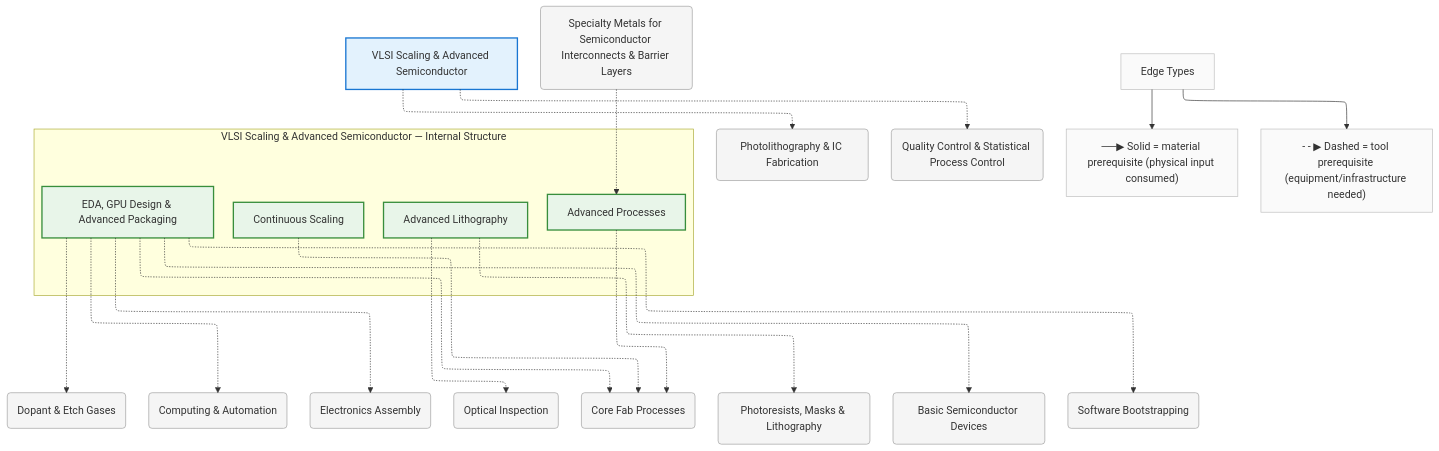
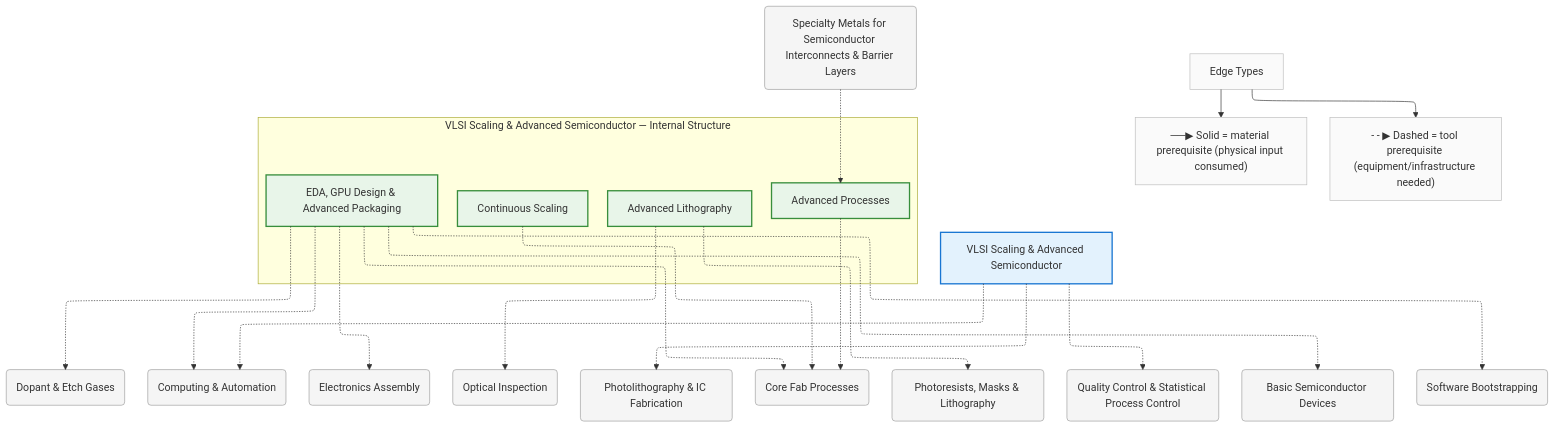
Before and after one commit to egofree/TechTree: the diagram in diagrams/mermaid/vlsi-scaling.mmd, drawn with Mermaid. The commit also changed 11 other files, not shown here.

First line of the commit message:
chore(diagrams): regenerate mermaid diagrams from updated entity data

```diff
--- a/diagrams/mermaid/vlsi-scaling.mmd
+++ b/diagrams/mermaid/vlsi-scaling.mmd
@@ -1,75 +1,76 @@
 %%{init: {"flowchart": {"defaultRenderer": "elk", "htmlLabels": true}}}%%
 graph TD
     %% Domain: VLSI Scaling & Advanced Semiconductor
 
     %% ==================== INTERNAL NODES ====================
     subgraph vlsi-scaling_internal ["VLSI Scaling & Advanced Semiconductor — Internal Structure"]
         direction TB
         vlsi-scaling_advanced-lithography["Advanced Lithography"]
         vlsi-scaling_advanced-processes["Advanced Processes"]
         vlsi-scaling_continuous-scaling["Continuous Scaling"]
         vlsi-scaling_eda-design["EDA, GPU Design & Advanced Packaging"]
     end
 
     %% ==================== DOMAIN NODE ====================
     vlsi-scaling["VLSI Scaling & Advanced Semiconductor"]
 
     %% ==================== EXTERNAL DEPENDENCIES ====================
     chemistry_dopant-etch-gases("Dopant & Etch Gases")
     computing("Computing & Automation")
     electronics_assembly("Electronics Assembly")
     metals_specialty-semiconductor("Specialty Metals for Semiconductor Interconnects & Barrier Layers")
     optics_inspection("Optical Inspection")
     photolithography("Photolithography & IC Fabrication")
     photolithography_fab-processes("Core Fab Processes")
     photolithography_resists-masks("Photoresists, Masks & Lithography")
     quality-control("Quality Control & Statistical Process Control")
     silicon_basic-devices("Basic Semiconductor Devices")
     software-bootstrapping("Software Bootstrapping")
 
     %% ==================== EDGES ====================
     metals_specialty-semiconductor -.-> vlsi-scaling_advanced-processes
     vlsi-scaling_advanced-lithography -.-> optics_inspection
     vlsi-scaling_advanced-lithography -.-> photolithography_resists-masks
     vlsi-scaling_advanced-processes -.-> photolithography_fab-processes
     vlsi-scaling_continuous-scaling -.-> photolithography_fab-processes
     vlsi-scaling_eda-design -.-> chemistry_dopant-etch-gases
     vlsi-scaling_eda-design -.-> computing
     vlsi-scaling_eda-design -.-> electronics_assembly
     vlsi-scaling_eda-design -.-> photolithography_fab-processes
     vlsi-scaling_eda-design -.-> silicon_basic-devices
     vlsi-scaling_eda-design -.-> software-bootstrapping
+    vlsi-scaling -.-> computing
     vlsi-scaling -.-> photolithography
     vlsi-scaling -.-> quality-control
 
     %% ==================== EDGE TYPE LEGEND ====================
     EdgeLegend["Edge Types"]
     EdgeLegend --> MatNote["──▶ Solid = material prerequisite (physical input consumed)"]
     EdgeLegend --> ToolNote["- - ▶ Dashed = tool prerequisite (equipment/infrastructure needed)"]
 
     %% ==================== STYLING ====================
     classDef domain fill:#e3f2fd,stroke:#1976d2,stroke-width:2px
     classDef capability fill:#e8f5e9,stroke:#388e3c,stroke-width:2px
     classDef process fill:#fff3e0,stroke:#f57c00,stroke-width:2px
     classDef critical fill:#fff3e0,stroke:#f57c00,stroke-width:3px
     classDef earlyWin fill:#e8f5e9,stroke:#388e3c,stroke-width:3px
     classDef pinnacle fill:#fce4ec,stroke:#c62828,stroke-width:3px
     classDef external fill:#f5f5f5,stroke:#9e9e9e,stroke-width:1px
     classDef legend fill:#fafafa,stroke:#bdbdbd,stroke-width:1px
     class vlsi-scaling domain
     class vlsi-scaling_advanced-lithography capability
     class vlsi-scaling_advanced-processes capability
     class vlsi-scaling_continuous-scaling capability
     class vlsi-scaling_eda-design capability
     class chemistry_dopant-etch-gases external
     class computing external
     class electronics_assembly external
     class metals_specialty-semiconductor external
     class optics_inspection external
     class photolithography external
     class photolithography_fab-processes external
     class photolithography_resists-masks external
     class quality-control external
     class silicon_basic-devices external
     class software-bootstrapping external
     class EdgeLegend,MatNote,ToolNote legend
```
